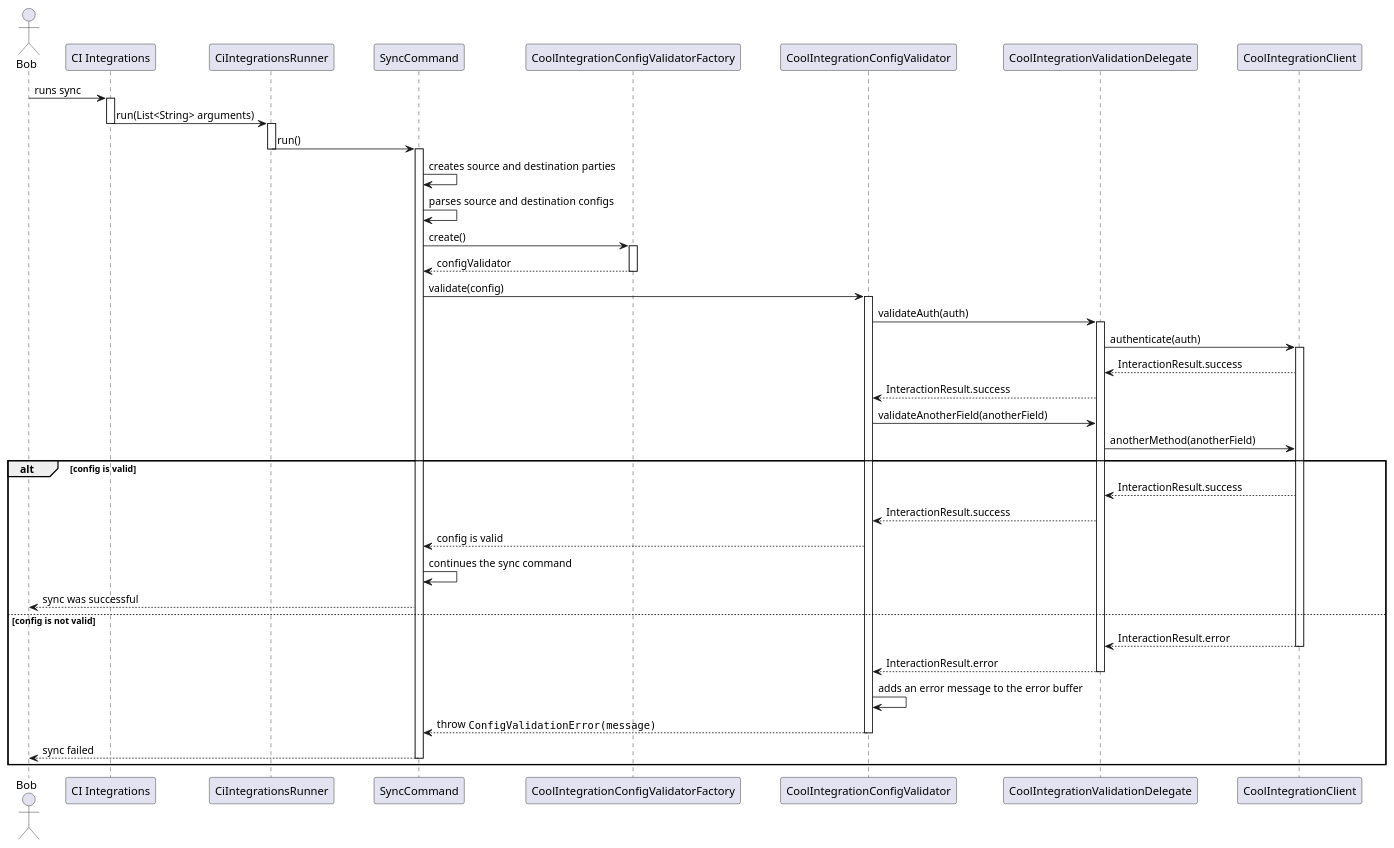
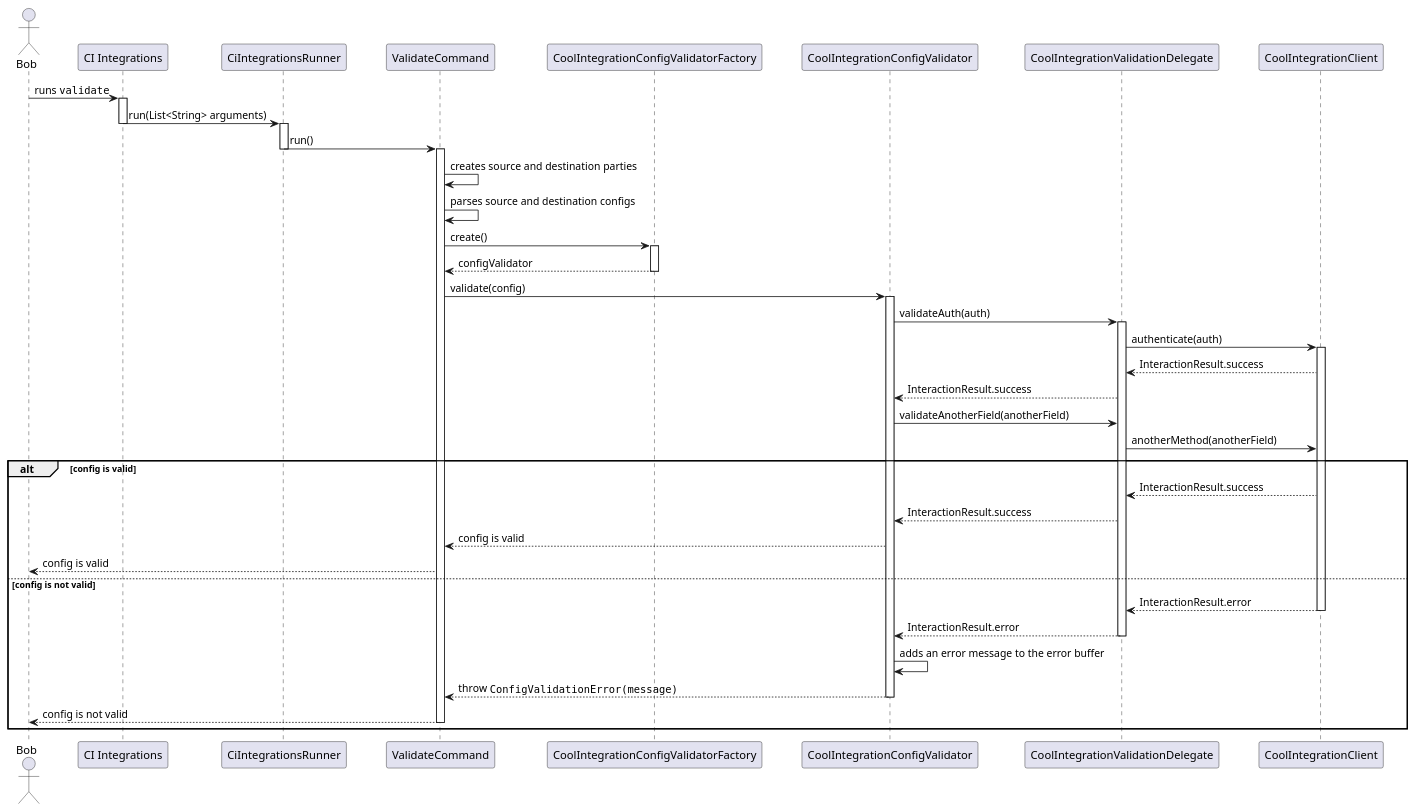
One commit to Flank/flank-dashboard changed the diagram in metrics/ci_integrations/docs/diagrams/ci_integrations_config_validator_sequence_diagram.puml. Above: the diagram before and after it, drawn with PlantUML. The commit also changed 1 other file, not shown here.

Commit message:
[WIP] Update documentation for validate command

```diff
--- a/metrics/ci_integrations/docs/diagrams/ci_integrations_config_validator_sequence_diagram.puml
+++ b/metrics/ci_integrations/docs/diagrams/ci_integrations_config_validator_sequence_diagram.puml
@@ -1,78 +1,77 @@
 @startuml ci_integrations_config_validator_sequence_diagram
 
 skinparam ParticipantPadding 20
 skinparam BoxPadding 10
 
 actor Bob
 
 participant "CI Integrations"
 participant CiIntegrationsRunner
-participant SyncCommand
+participant ValidateCommand
 participant CoolIntegrationConfigValidatorFactory
 participant CoolIntegrationConfigValidator
 participant CoolIntegrationValidationDelegate
 participant CoolIntegrationClient
 
-Bob -> "CI Integrations" : runs sync
+Bob -> "CI Integrations" : runs ""validate""
 activate "CI Integrations"
 
 "CI Integrations" -> CiIntegrationsRunner: run(List<String> arguments)
 deactivate "CI Integrations"
 activate CiIntegrationsRunner
 
-CiIntegrationsRunner -> SyncCommand: run()
+CiIntegrationsRunner -> ValidateCommand: run()
 deactivate CiIntegrationsRunner
-activate SyncCommand
+activate ValidateCommand
 
-SyncCommand -> SyncCommand : creates source and destination parties
-SyncCommand -> SyncCommand : parses source and destination configs
+ValidateCommand -> ValidateCommand : creates source and destination parties
+ValidateCommand -> ValidateCommand : parses source and destination configs
 
-SyncCommand -> CoolIntegrationConfigValidatorFactory : create()
+ValidateCommand -> CoolIntegrationConfigValidatorFactory : create()
 activate CoolIntegrationConfigValidatorFactory
 
-CoolIntegrationConfigValidatorFactory --> SyncCommand : configValidator
+CoolIntegrationConfigValidatorFactory --> ValidateCommand : configValidator
 deactivate CoolIntegrationConfigValidatorFactory
 
-SyncCommand -> CoolIntegrationConfigValidator : validate(config)
+ValidateCommand -> CoolIntegrationConfigValidator : validate(config)
 activate CoolIntegrationConfigValidator
 
 CoolIntegrationConfigValidator -> CoolIntegrationValidationDelegate : validateAuth(auth)
 activate CoolIntegrationValidationDelegate
 
 CoolIntegrationValidationDelegate -> CoolIntegrationClient : authenticate(auth)
 activate  CoolIntegrationClient
 
 CoolIntegrationClient --> CoolIntegrationValidationDelegate : InteractionResult.success
 CoolIntegrationValidationDelegate --> CoolIntegrationConfigValidator : InteractionResult.success
 
 CoolIntegrationConfigValidator -> CoolIntegrationValidationDelegate : validateAnotherField(anotherField)
 CoolIntegrationValidationDelegate -> CoolIntegrationClient : anotherMethod(anotherField)
 
 alt config is valid
 
     CoolIntegrationClient --> CoolIntegrationValidationDelegate : InteractionResult.success
     CoolIntegrationValidationDelegate --> CoolIntegrationConfigValidator : InteractionResult.success
 
-    CoolIntegrationConfigValidator --> SyncCommand : config is valid
-    SyncCommand -> SyncCommand : continues the sync command
-    SyncCommand --> Bob : sync was successful
+    CoolIntegrationConfigValidator --> ValidateCommand : config is valid
+    ValidateCommand --> Bob : config is valid
 
 else config is not valid
 
     CoolIntegrationClient --> CoolIntegrationValidationDelegate : InteractionResult.error
     deactivate CoolIntegrationClient
 
     CoolIntegrationValidationDelegate --> CoolIntegrationConfigValidator : InteractionResult.error
     deactivate CoolIntegrationValidationDelegate
 
     CoolIntegrationConfigValidator -> CoolIntegrationConfigValidator : adds an error message to the error buffer
 
-    CoolIntegrationConfigValidator --> SyncCommand : throw ""ConfigValidationError(message)""
+    CoolIntegrationConfigValidator --> ValidateCommand : throw ""ConfigValidationError(message)""
     deactivate CoolIntegrationConfigValidator
 
-    SyncCommand --> Bob : sync failed
-    deactivate SyncCommand
+    ValidateCommand --> Bob : config is not valid
+    deactivate ValidateCommand
 
 end
 
 @enduml
```
